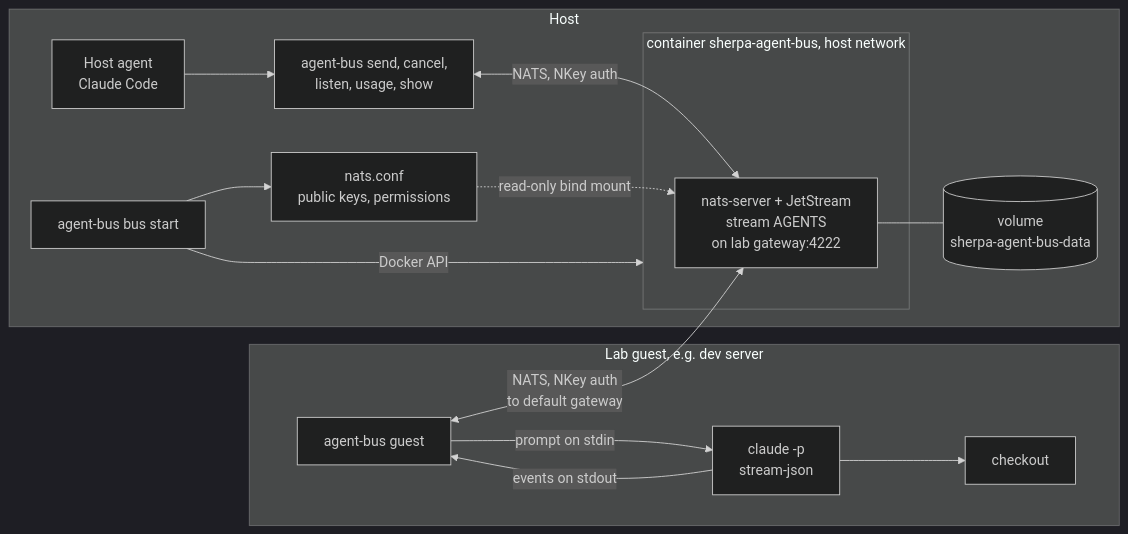
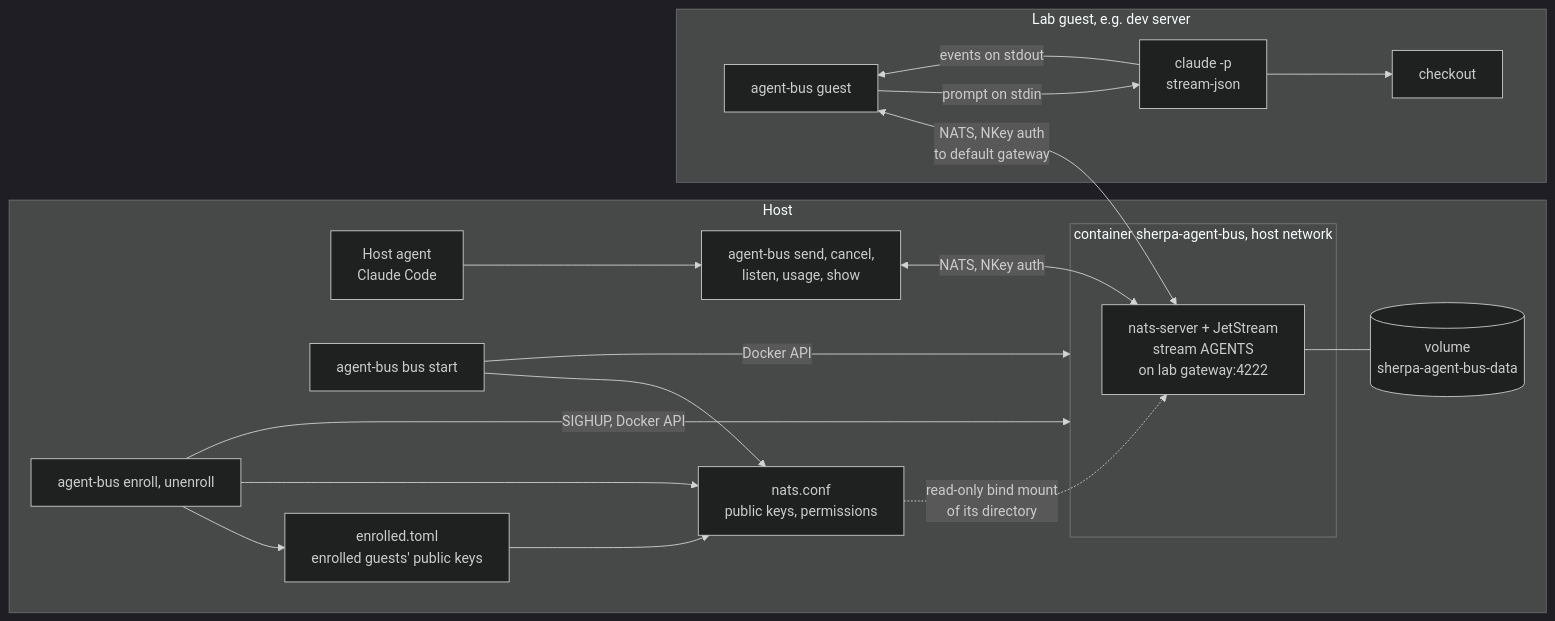
One commit to bwks/sherpa changed the first of 8 diagrams in docs/architecture/AGENT_BUS.md. Above: the diagram before and after it, drawn with Mermaid (dark theme). The commit also changed other lines of this file and 15 other files, not shown here.

First line of the commit message:
feat(agent-bus): enroll guest agents automatically, one key each

````diff
--- a/docs/architecture/AGENT_BUS.md
+++ b/docs/architecture/AGENT_BUS.md
@@ -41,28 +43,34 @@
 ```mermaid
 flowchart LR
     subgraph host["Host"]
         hostagent["Host agent<br/>Claude Code"]
         cmds["agent-bus send, cancel,<br/>listen, usage, show"]
         start["agent-bus bus start"]
+        enroll["agent-bus enroll, unenroll"]
+        registry["enrolled.toml<br/>enrolled guests' public keys"]
         conf["nats.conf<br/>public keys, permissions"]
         subgraph ctr["container sherpa-agent-bus, host network"]
             nats["nats-server + JetStream<br/>stream AGENTS<br/>on lab gateway:4222"]
         end
         vol[("volume<br/>sherpa-agent-bus-data")]
     end
     subgraph guest["Lab guest, e.g. dev server"]
         gagent["agent-bus guest"]
         claude["claude -p<br/>stream-json"]
         checkout["checkout"]
     end
     hostagent --> cmds
     cmds <-->|"NATS, NKey auth"| nats
     start -->|"Docker API"| ctr
     start --> conf
-    conf -.->|"read-only bind mount"| nats
+    enroll --> registry
+    registry --> conf
+    enroll --> conf
+    enroll -->|"SIGHUP, Docker API"| ctr
+    conf -.->|"read-only bind mount<br/>of its directory"| nats
     nats --- vol
     gagent <-->|"NATS, NKey auth<br/>to default gateway"| nats
     gagent -->|"prompt on stdin"| claude
     claude -->|"events on stdout"| gagent
     claude --> checkout
 ```
````
